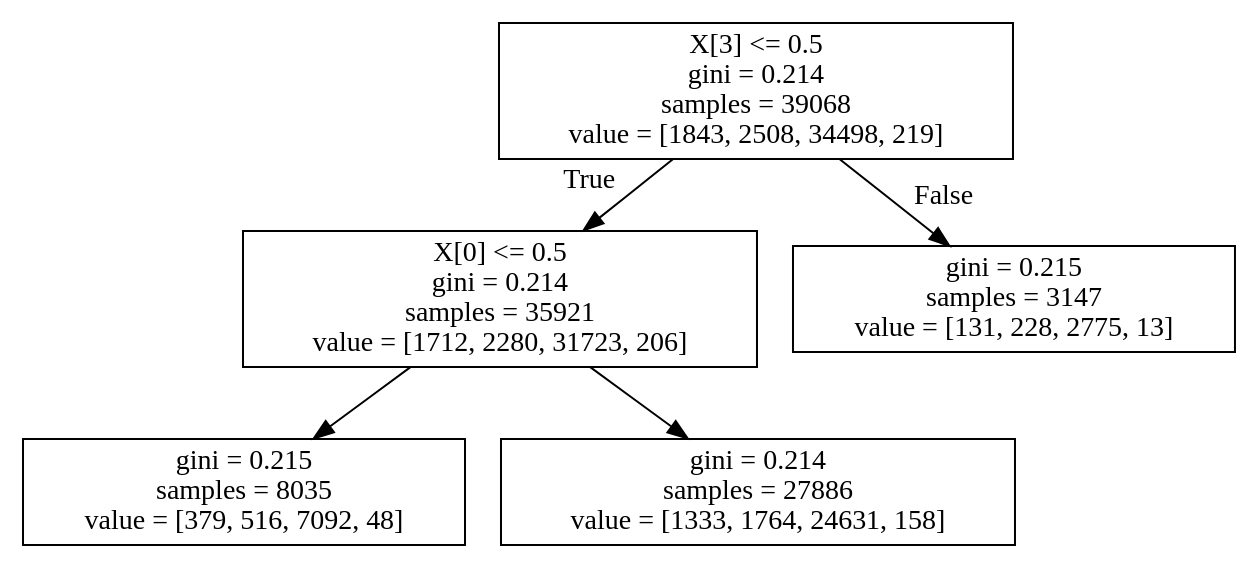
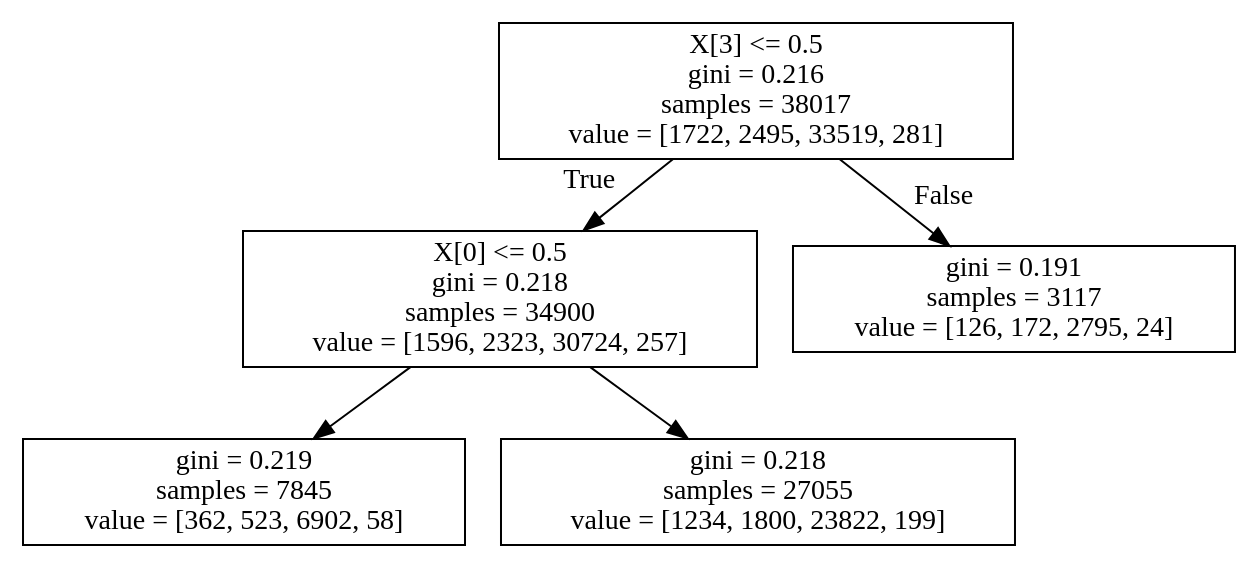
One commit to jesbu1/viper changed the diagram in data/vizdoom/ppo/0007r3+vizdoo_config_file=vi_en_as_sc_de_th_li.cfg+max_depth=12+n_batch_rollou=10+max_samples=100000+max_iters=80+train_frac=0.8+is_reweight=True/dt_policy.dot. Above: the diagram before and after it, drawn with Graphviz. The commit also changed 455 other files, not shown here.

```diff
--- a/data/vizdoom/ppo/0007r3+vizdoo_config_file=vi_en_as_sc_de_th_li.cfg+max_depth=12+n_batch_rollou=10+max_samples=100000+max_iters=80+train_frac=0.8+is_reweight=True/dt_policy.dot
+++ b/data/vizdoom/ppo/0007r3+vizdoo_config_file=vi_en_as_sc_de_th_li.cfg+max_depth=12+n_batch_rollou=10+max_samples=100000+max_iters=80+train_frac=0.8+is_reweight=True/dt_policy.dot
@@ -1,12 +1,12 @@
 digraph Tree {
 node [shape=box] ;
-0 [label="X[3] <= 0.5\ngini = 0.214\nsamples = 39068\nvalue = [1843, 2508, 34498, 219]"] ;
-1 [label="X[0] <= 0.5\ngini = 0.214\nsamples = 35921\nvalue = [1712, 2280, 31723, 206]"] ;
+0 [label="X[3] <= 0.5\ngini = 0.216\nsamples = 38017\nvalue = [1722, 2495, 33519, 281]"] ;
+1 [label="X[0] <= 0.5\ngini = 0.218\nsamples = 34900\nvalue = [1596, 2323, 30724, 257]"] ;
 0 -> 1 [labeldistance=2.5, labelangle=45, headlabel="True"] ;
-2 [label="gini = 0.215\nsamples = 8035\nvalue = [379, 516, 7092, 48]"] ;
+2 [label="gini = 0.219\nsamples = 7845\nvalue = [362, 523, 6902, 58]"] ;
 1 -> 2 ;
-3 [label="gini = 0.214\nsamples = 27886\nvalue = [1333, 1764, 24631, 158]"] ;
+3 [label="gini = 0.218\nsamples = 27055\nvalue = [1234, 1800, 23822, 199]"] ;
 1 -> 3 ;
-4 [label="gini = 0.215\nsamples = 3147\nvalue = [131, 228, 2775, 13]"] ;
+4 [label="gini = 0.191\nsamples = 3117\nvalue = [126, 172, 2795, 24]"] ;
 0 -> 4 [labeldistance=2.5, labelangle=-45, headlabel="False"] ;
 }
```
